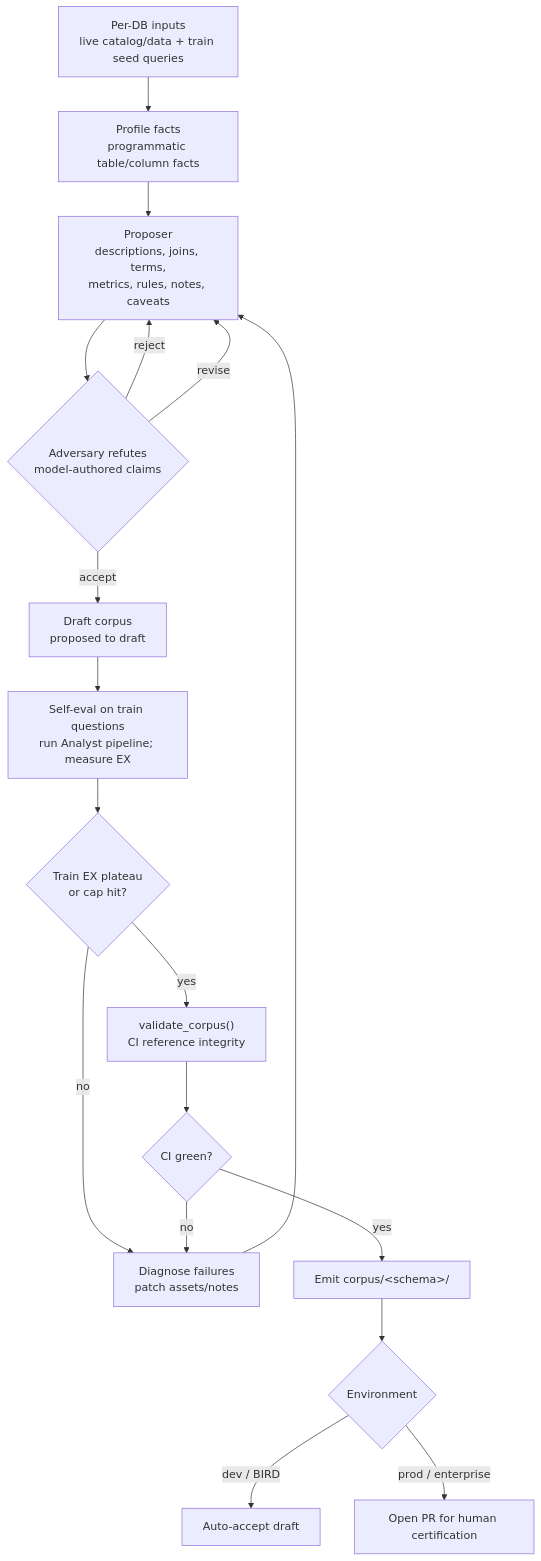
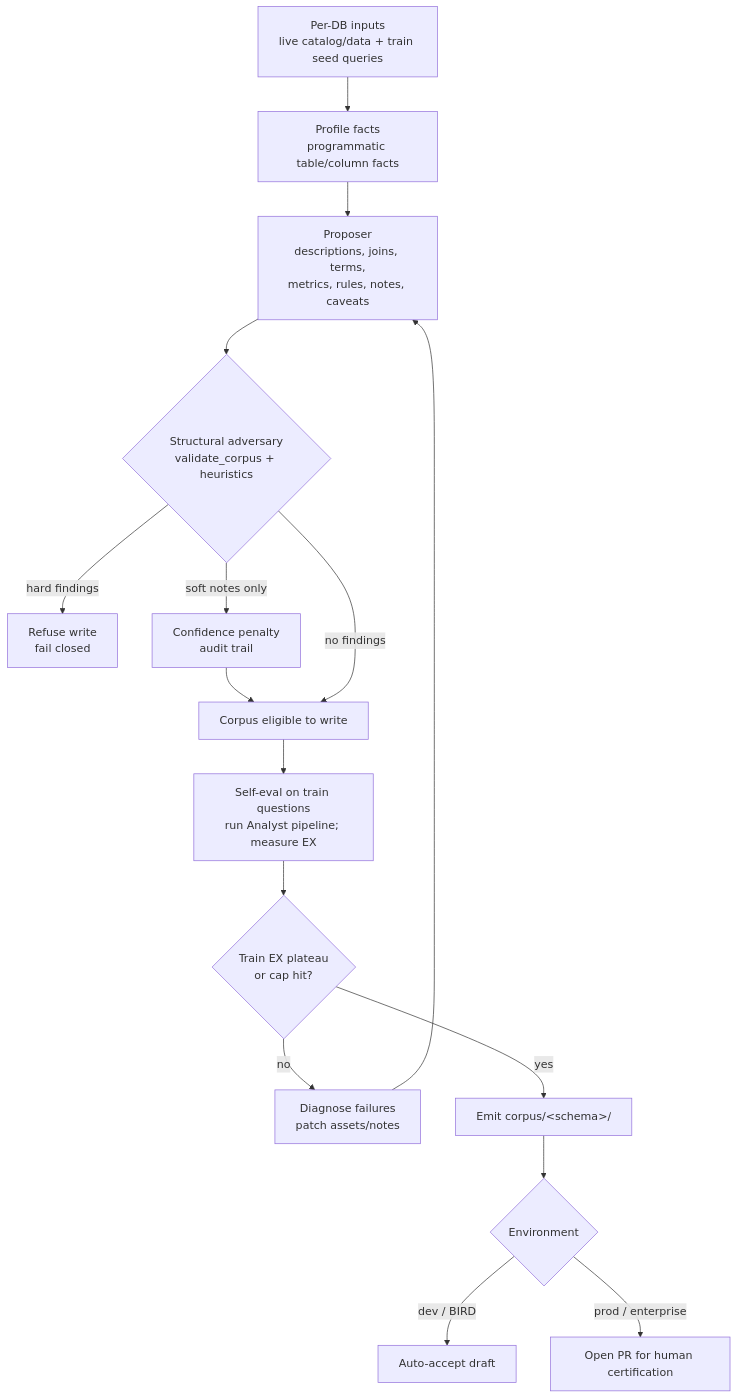
Before and after one commit to Minhao-Zhang/governed-bi: the diagram in docs/curator.md, drawn with Mermaid. The commit also changed other lines of this file and 156 other files, not shown here.

````diff
--- a/docs/curator.md
+++ b/docs/curator.md
@@ -74,20 +74,18 @@
 ```mermaid
 flowchart TD
     Inputs["Per-DB inputs<br/>live catalog/data + train seed queries"] --> Profile["Profile facts<br/>programmatic table/column facts"]
     Profile --> Propose["Proposer<br/>descriptions, joins, terms,<br/>metrics, rules, notes, caveats"]
-    Propose --> Adversary{"Adversary refutes<br/>model-authored claims"}
-    Adversary -->|reject| Propose
-    Adversary -->|revise| Propose
-    Adversary -->|accept| Draft["Draft corpus<br/>proposed to draft"]
+    Propose --> Adversary{"Structural adversary<br/>validate_corpus + heuristics"}
+    Adversary -->|hard findings| Block["Refuse write<br/>fail closed"]
+    Adversary -->|soft notes only| Soft["Confidence penalty<br/>audit trail"]
+    Soft --> Draft["Corpus eligible to write"]
+    Adversary -->|no findings| Draft
     Draft --> SelfEval["Self-eval on train questions<br/>run Analyst pipeline; measure EX"]
     SelfEval --> Plateau{"Train EX plateau<br/>or cap hit?"}
     Plateau -->|no| Diagnose["Diagnose failures<br/>patch assets/notes"]
     Diagnose --> Propose
-    Plateau -->|yes| Validate["validate_corpus()<br/>CI reference integrity"]
-    Validate --> Green{"CI green?"}
-    Green -->|no| Diagnose
-    Green -->|yes| Emit["Emit corpus/&lt;schema&gt;/"]
+    Plateau -->|yes| Emit["Emit corpus/&lt;schema&gt;/"]
     Emit --> Mode{"Environment"}
     Mode -->|dev / BIRD| AutoAccept["Auto-accept draft"]
     Mode -->|prod / enterprise| PullRequest["Open PR for human certification"]
 ```
````
